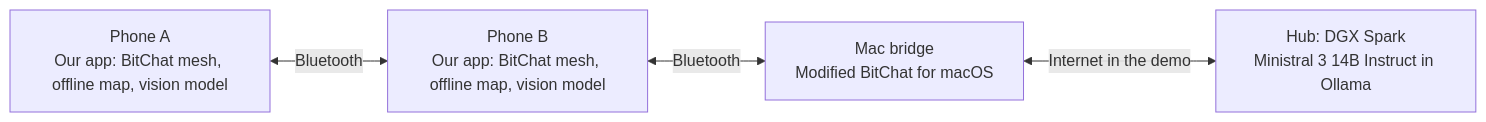
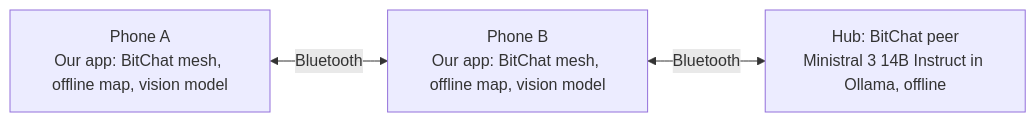
One commit to yananlong/Mistral-london-20261121 changed the diagram in BLUEPRINT_1.md. Above: the diagram before and after it, drawn with Mermaid. The commit also changed other lines of this file and 2 other files, not shown here.

First line of the commit message:
docs: make the hub a single offline BitChat node

````diff
--- a/BLUEPRINT_1.md
+++ b/BLUEPRINT_1.md
@@ -11,6 +11,5 @@
 ```mermaid
 flowchart LR
 	A["Phone A<br/>Our app: BitChat mesh, offline map, vision model"] <-- Bluetooth --> B["Phone B<br/>Our app: BitChat mesh, offline map, vision model"]
-	B <-- Bluetooth --> M["Mac bridge<br/>Modified BitChat for macOS"]
-	M <-- Internet in the demo --> H["Hub: DGX Spark<br/>Ministral 3 14B Instruct in Ollama"]
+	B <-- Bluetooth --> H["Hub: BitChat peer<br/>Ministral 3 14B Instruct in Ollama, offline"]
 ```
````
